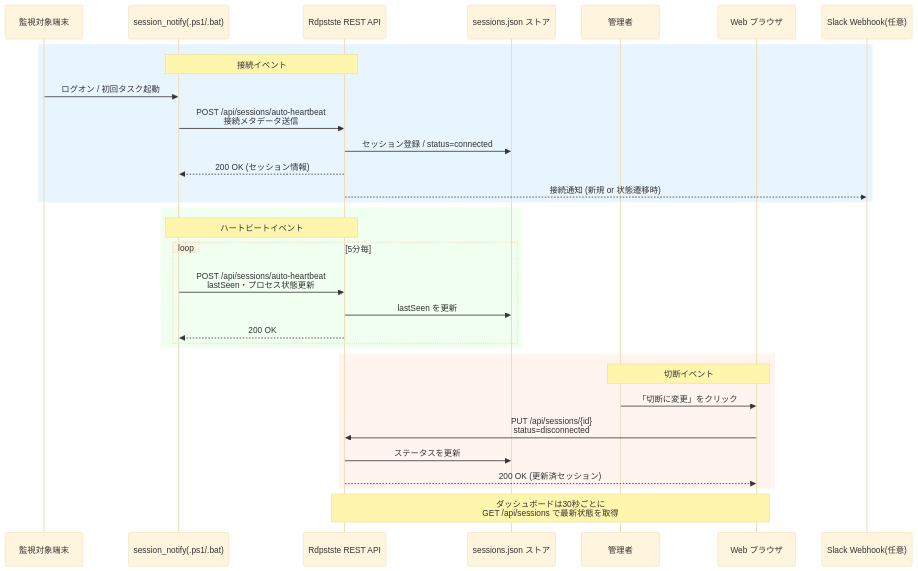
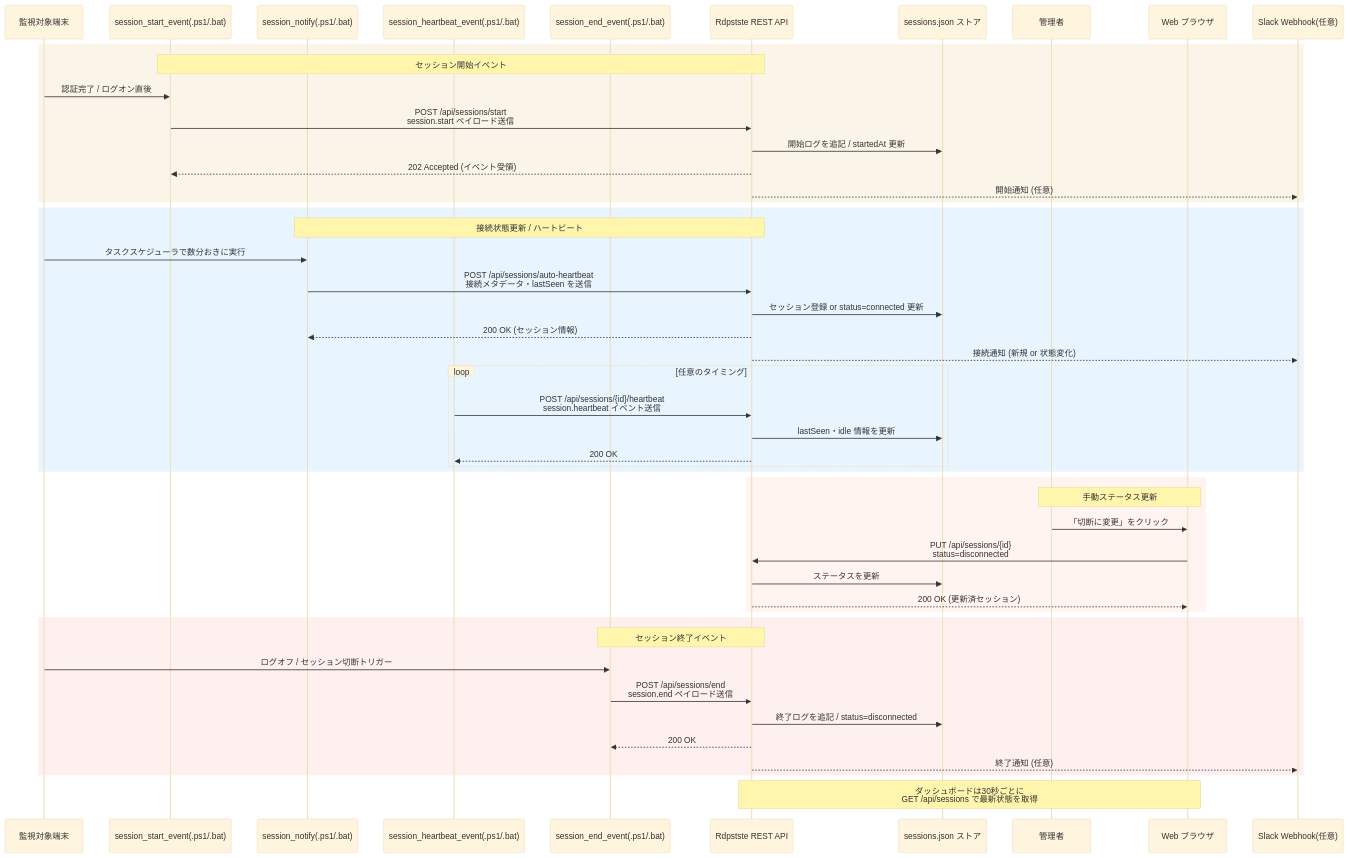
The second of 2 diagrams in docs/session-events-diagrams.md (k-z-w-e-b-3-1-0/Rdpstste), drawn with Mermaid (base theme) before and after one commit. The commit also changed other lines of this file and 3 other files, not shown here.

Commit message:
Add session lifecycle diagrams with start and end events

````diff
--- a/docs/session-events-diagrams.md
+++ b/docs/session-events-diagrams.md
@@ -49,38 +56,55 @@
 ```mermaid
 sequenceDiagram
     participant Client as 監視対象端末
+    participant StartAgent as session_start_event(.ps1/.bat)
     participant Agent as session_notify(.ps1/.bat)
+    participant Manual as session_heartbeat_event(.ps1/.bat)
+    participant EndAgent as session_end_event(.ps1/.bat)
     participant Api as Rdpstste REST API
     participant Store as sessions.json ストア
     participant Operator as 管理者
     participant Browser as Web ブラウザ
     participant Slack as Slack Webhook(任意)
 
-    rect rgb(232,245,255)
-        note over Agent,Api: 接続イベント
-        Client->>Agent: ログオン / 初回タスク起動
-        Agent->>Api: POST /api/sessions/auto-heartbeat<br/>接続メタデータ送信
-        Api->>Store: セッション登録 / status=connected
-        Api-->>Agent: 200 OK (セッション情報)
-        Api-->>Slack: 接続通知 (新規 or 状態遷移時)
+    rect rgb(250,245,232)
+        note over StartAgent,Api: セッション開始イベント
+        Client->>StartAgent: 認証完了 / ログオン直後
+        StartAgent->>Api: POST /api/sessions/start<br/>session.start ペイロード送信
+        Api->>Store: 開始ログを追記 / startedAt 更新
+        Api-->>StartAgent: 202 Accepted (イベント受領)
+        Api-->>Slack: 開始通知 (任意)
     end
 
-    rect rgb(240,255,240)
-        note over Agent,Api: ハートビートイベント
-        loop 5分毎
-            Agent->>Api: POST /api/sessions/auto-heartbeat<br/>lastSeen・プロセス状態更新
-            Api->>Store: lastSeen を更新
-            Api-->>Agent: 200 OK
+    rect rgb(232,245,255)
+        note over Agent,Api: 接続状態更新 / ハートビート
+        Client->>Agent: タスクスケジューラで数分おきに実行
+        Agent->>Api: POST /api/sessions/auto-heartbeat<br/>接続メタデータ・lastSeen を送信
+        Api->>Store: セッション登録 or status=connected 更新
+        Api-->>Agent: 200 OK (セッション情報)
+        Api-->>Slack: 接続通知 (新規 or 状態変化)
+        loop 任意のタイミング
+            Manual->>Api: POST /api/sessions/{id}/heartbeat<br/>session.heartbeat イベント送信
+            Api->>Store: lastSeen・idle 情報を更新
+            Api-->>Manual: 200 OK
         end
     end
 
     rect rgb(255,244,240)
-        note over Operator,Browser: 切断イベント
+        note over Operator,Browser: 手動ステータス更新
         Operator->>Browser: 「切断に変更」をクリック
         Browser->>Api: PUT /api/sessions/{id}<br/>status=disconnected
         Api->>Store: ステータスを更新
         Api-->>Browser: 200 OK (更新済セッション)
     end
 
+    rect rgb(255,240,240)
+        note over EndAgent,Api: セッション終了イベント
+        Client->>EndAgent: ログオフ / セッション切断トリガー
+        EndAgent->>Api: POST /api/sessions/end<br/>session.end ペイロード送信
+        Api->>Store: 終了ログを追記 / status=disconnected
+        Api-->>EndAgent: 200 OK
+        Api-->>Slack: 終了通知 (任意)
+    end
+
     Note over Browser,Api: ダッシュボードは30秒ごとに<br/>GET /api/sessions で最新状態を取得
 ```
````
